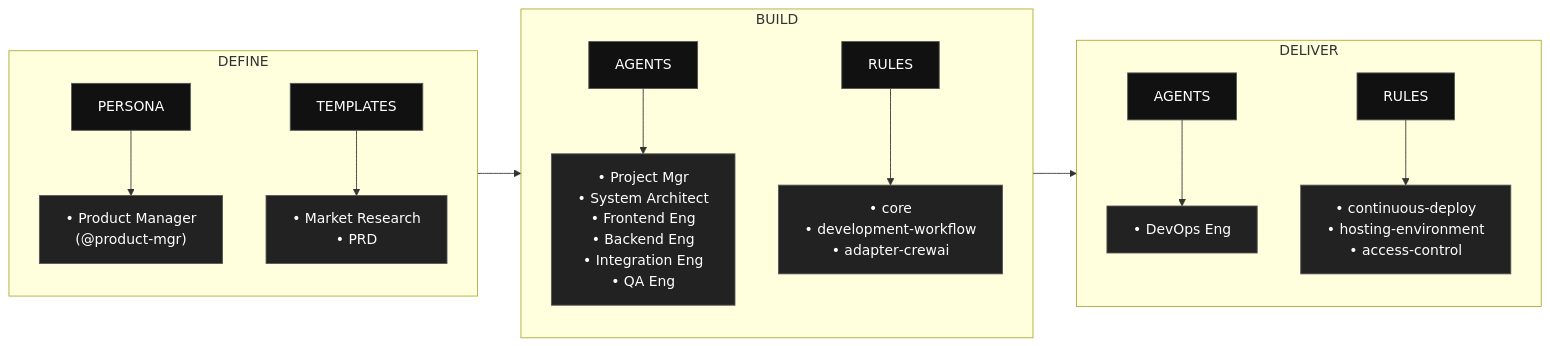
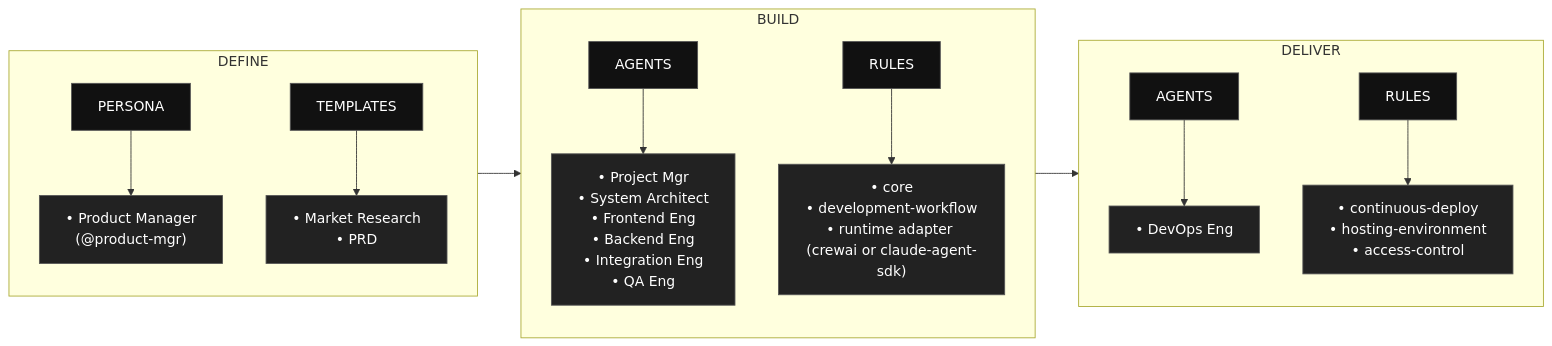
One commit to synaptic-ai-consulting/AAMAD changed the diagram in README.md. Above: the diagram before and after it, drawn with Mermaid. The commit also changed other lines of this file and 21 other files, not shown here.

First line of the commit message:
Release v0.4.0 with runtime adapter refactor and Claude Agent SDK support.

````diff
--- a/README.md
+++ b/README.md
@@ -41,23 +66,23 @@
 ```mermaid
 flowchart LR
   %% AAMAD phases overview
   subgraph P1[DEFINE]
     D1H[ PERSONA ]:::hdr --> D1L["• Product Manager<br/>(@product-mgr)"]:::list
     D2H[TEMPLATES]:::hdr --> D2L["• Market Research<br/>• PRD"]:::list
   end
 
   subgraph P2[BUILD]
     B1H[AGENTS]:::hdr --> B1L["• Project Mgr<br/>• System Architect<br/>• Frontend Eng<br/>• Backend Eng<br/>• Integration Eng<br/>• QA Eng"]:::list
-    B2H[RULES]:::hdr --> B2L["• core<br/>• development‑workflow<br/>• adapter‑crewai"]:::list
+    B2H[RULES]:::hdr --> B2L["• core<br/>• development‑workflow<br/>• runtime adapter (crewai or claude-agent-sdk)"]:::list
   end
 
   subgraph P3[DELIVER]
     L1H[AGENTS]:::hdr --> L1L["• DevOps Eng"]:::list
     L2H[RULES]:::hdr --> L2L["• continuous‑deploy<br/>• hosting‑environment<br/>• access‑control"]:::list
   end
 
   P1 --> P2 --> P3
 
   classDef hdr fill:#111,stroke:#555,color:#fff;
   classDef list fill:#222,stroke:#555,color:#fff;
 ``` 
````
